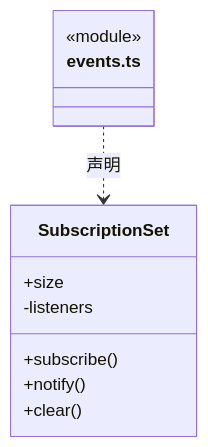
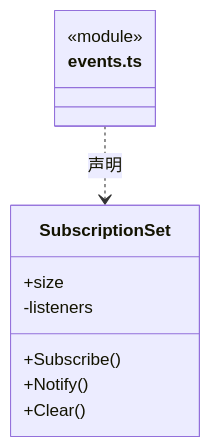
One commit to nan023062/cbim changed the second of 9 diagrams in src/view/foundations/utility/ARCHITECTURE.md. Above: the diagram before and after it, drawn with Mermaid. The commit also changed other lines of this file and 1035 other files, not shown here.

````diff
--- a/src/view/foundations/utility/ARCHITECTURE.md
+++ b/src/view/foundations/utility/ARCHITECTURE.md
@@ -45,14 +45,14 @@
 ```mermaid
 classDiagram
 class N_src_view_foundations_utility_events_ts["events.ts"] {
   <<module>>
 }
 class N_src_view_foundations_utility_events_ts_SubscriptionSet["SubscriptionSet"] {
   +size
-  +subscribe()
-  +notify()
-  +clear()
+  +Subscribe()
+  +Notify()
+  +Clear()
   -listeners
 }
 N_src_view_foundations_utility_events_ts ..> N_src_view_foundations_utility_events_ts_SubscriptionSet : 声明
 ```
````
